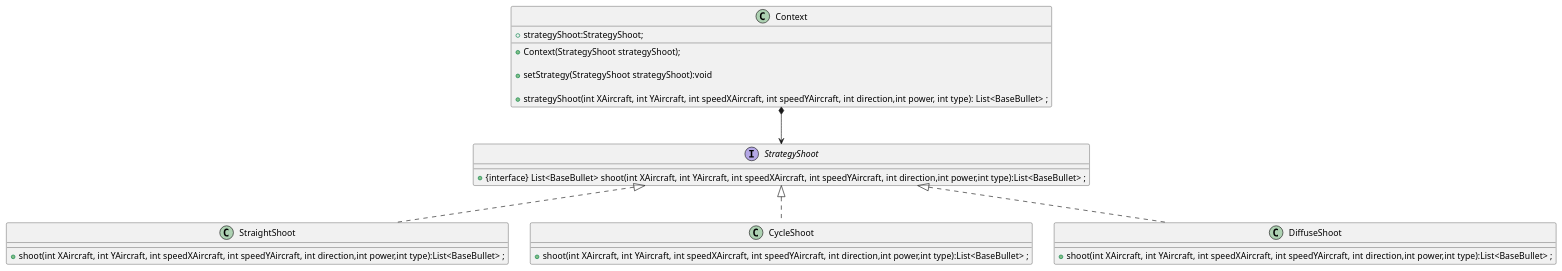
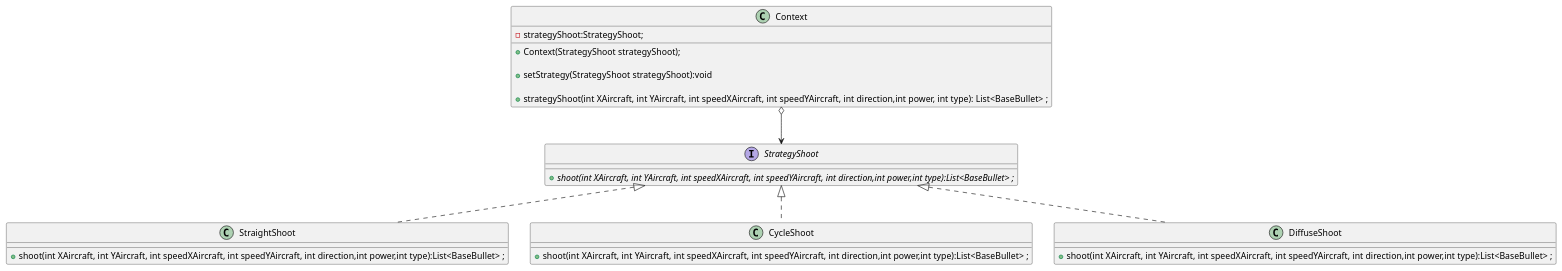
Before and after one commit to stnoer/plane-wars: the diagram in uml/strategy.puml, drawn with PlantUML. The commit also changed 27 other files, not shown here.

```diff
--- a/uml/strategy.puml
+++ b/uml/strategy.puml
@@ -1,33 +1,33 @@
 @startuml
 'https://plantuml.com/sequence-diagram
 
 interface StrategyShoot {
-    + {interface} List<BaseBullet> shoot(int XAircraft, int YAircraft, int speedXAircraft, int speedYAircraft, int direction,int power,int type):List<BaseBullet> ;
+    + {abstract} shoot(int XAircraft, int YAircraft, int speedXAircraft, int speedYAircraft, int direction,int power,int type):List<BaseBullet> ;
 }
 
 class StraightShoot  {
     + shoot(int XAircraft, int YAircraft, int speedXAircraft, int speedYAircraft, int direction,int power,int type):List<BaseBullet> ;
 }
 StrategyShoot <|.. StraightShoot
 
 class CycleShoot  {
     + shoot(int XAircraft, int YAircraft, int speedXAircraft, int speedYAircraft, int direction,int power,int type):List<BaseBullet> ;
 }
 StrategyShoot <|.. CycleShoot
 
 class DiffuseShoot  {
     + shoot(int XAircraft, int YAircraft, int speedXAircraft, int speedYAircraft, int direction,int power,int type):List<BaseBullet> ;
     }
 StrategyShoot <|.. DiffuseShoot
 
 class Context {
-    + strategyShoot:StrategyShoot;
+    - strategyShoot:StrategyShoot;
 
     + Context(StrategyShoot strategyShoot);
 
     + setStrategy(StrategyShoot strategyShoot):void
 
     + strategyShoot(int XAircraft, int YAircraft, int speedXAircraft, int speedYAircraft, int direction,int power, int type): List<BaseBullet> ;
 }
-Context *--> StrategyShoot
+Context o--> StrategyShoot
 @enduml
```
